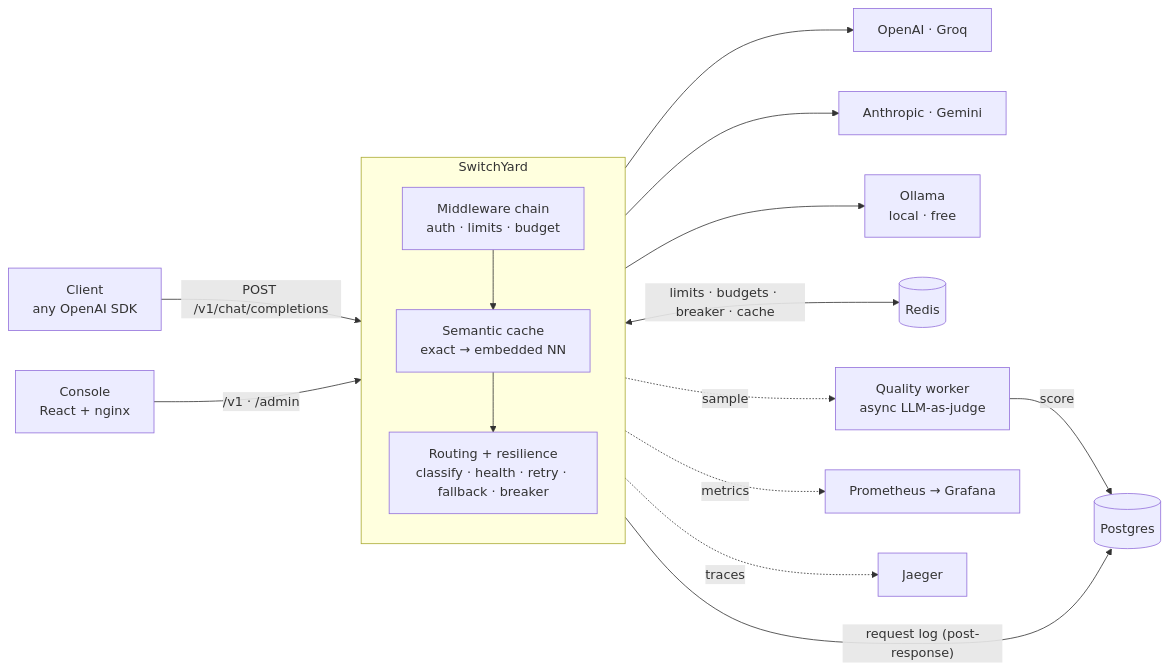
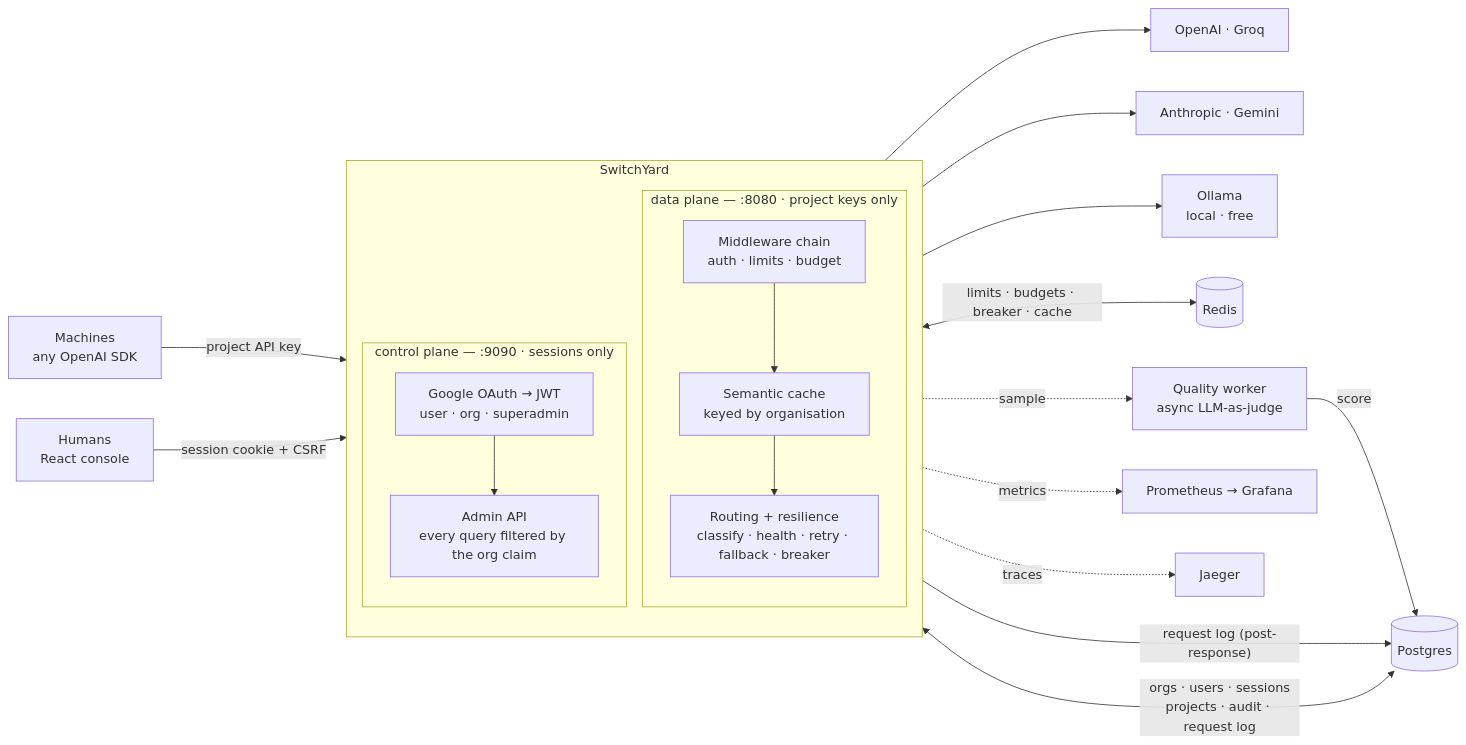
Before and after one commit to Harshalsharma05/switchyard: the first of 3 diagrams in README.md, drawn with Mermaid. The commit also changed other lines of this file and 13 other files, not shown here.

````diff
--- a/README.md
+++ b/README.md
@@ -74,24 +85,32 @@
 ```mermaid
 flowchart LR
-    C["Client<br/>any OpenAI SDK"] -->|"POST /v1/chat/completions"| MW
-    UI["Console<br/>React + nginx"] -->|"/v1 · /admin"| MW
+    SDK["Machines<br/>any OpenAI SDK"] -->|"project API key"| MW
+    UI["Humans<br/>React console"] -->|"session cookie + CSRF"| ID
 
     subgraph GW["SwitchYard"]
         direction TB
-        MW["Middleware chain<br/>auth · limits · budget"]
-        CA["Semantic cache<br/>exact → embedded NN"]
-        RT["Routing + resilience<br/>classify · health · retry · fallback · breaker"]
-        MW --> CA --> RT
+        subgraph DP["data plane — :8080 · project keys only"]
+            MW["Middleware chain<br/>auth · limits · budget"]
+            CA["Semantic cache<br/>keyed by organisation"]
+            RT["Routing + resilience<br/>classify · health · retry · fallback · breaker"]
+            MW --> CA --> RT
+        end
+        subgraph CP["control plane — :9090 · sessions only"]
+            ID["Google OAuth → JWT<br/>user · org · superadmin"]
+            AD["Admin API<br/>every query filtered by the org claim"]
+            ID --> AD
+        end
     end
 
     RT --> P1["OpenAI · Groq"]
     RT --> P2["Anthropic · Gemini"]
     RT --> P3["Ollama<br/>local · free"]
 
     RT <-->|"limits · budgets · breaker · cache"| RD[("Redis")]
     RT -->|"request log (post-response)"| PG[("Postgres")]
+    AD <-->|"orgs · users · sessions<br/>projects · audit · request log"| PG
     RT -.->|"sample"| QW["Quality worker<br/>async LLM-as-judge"]
     QW -->|"score"| PG
     MW -.->|"metrics"| PM["Prometheus → Grafana"]
     MW -.->|"traces"| JG["Jaeger"]
 ```
````
